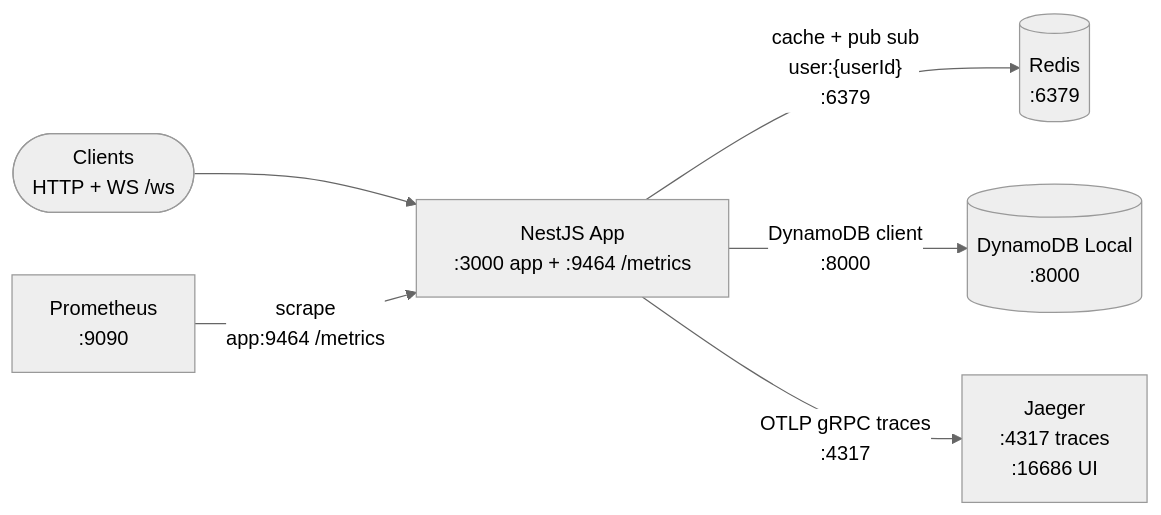
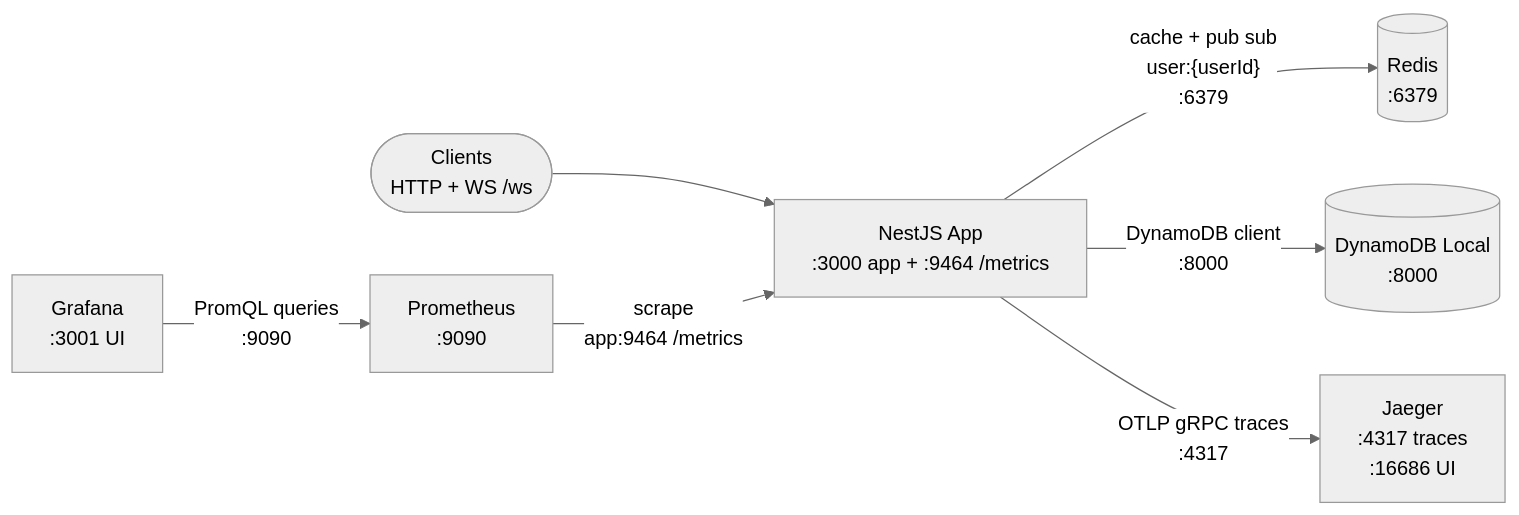
Before and after one commit to Galen019/nestJSBackend: the diagram in README.md, drawn with Mermaid (neutral theme). The commit also changed other lines of this file, not shown here.

````diff
--- a/README.md
+++ b/README.md
@@ -7,9 +7,10 @@
 ```mermaid
 flowchart LR
     Client([Clients<br/>HTTP + WS /ws]) --> App[NestJS App<br/>:3000 app + :9464 /metrics]
 
     App -->|"cache + pub sub<br/>user:{userId}<br/>:6379"| Redis[(Redis<br/>:6379)]
     App -->|"DynamoDB client<br/>:8000"| Dynamo[(DynamoDB Local<br/>:8000)]
     App -->|"OTLP gRPC traces<br/>:4317"| Jaeger[Jaeger<br/>:4317 traces<br/>:16686 UI]
     Prometheus[Prometheus<br/>:9090] -->|"scrape<br/>app:9464 /metrics"| App
+    Grafana[Grafana<br/>:3001 UI] -->|"PromQL queries<br/>:9090"| Prometheus
 ```
````
